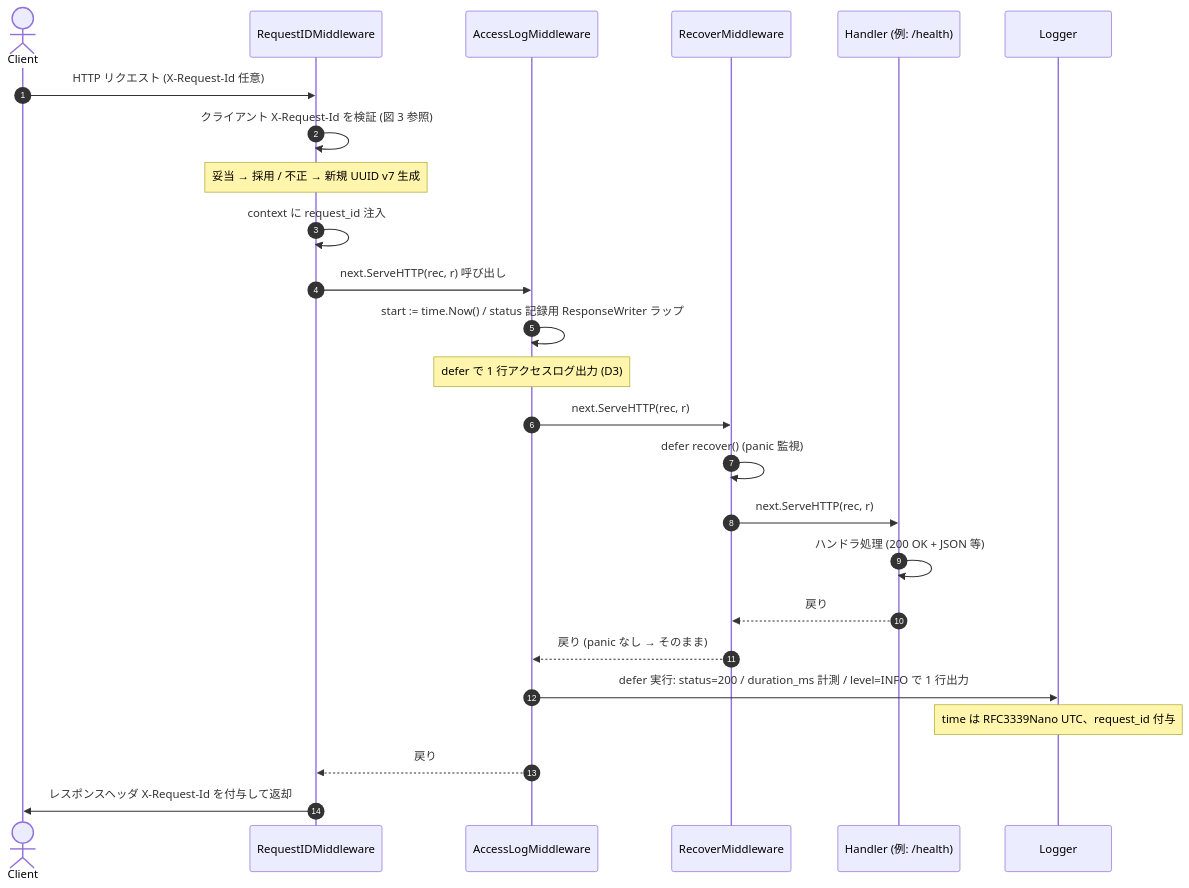
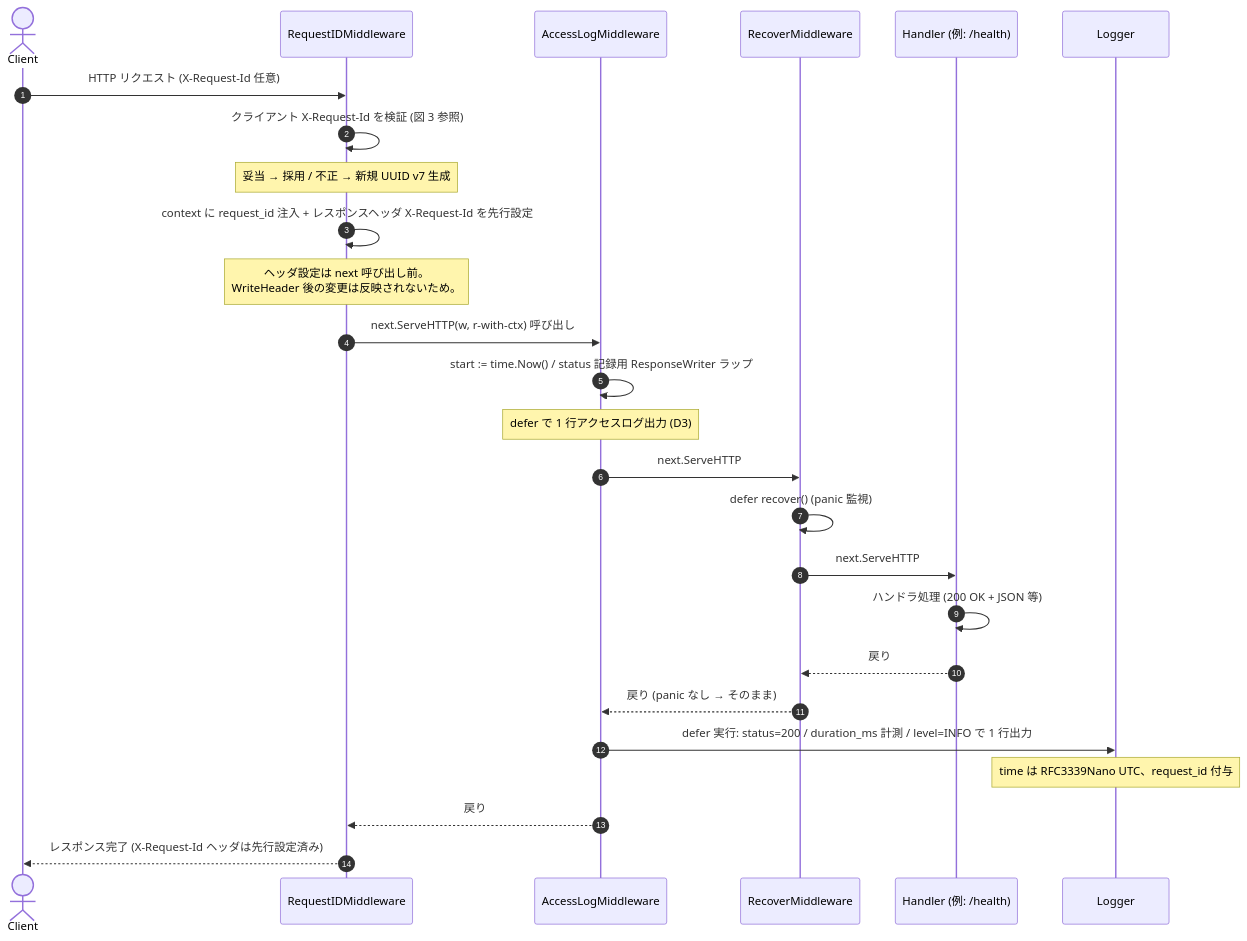
Before and after one commit to mktkhr/id-core: the first of 3 diagrams in docs/specs/7/index.md, drawn with Mermaid. The commit also changed other lines of this file, not shown here.

````diff
--- a/docs/specs/7/index.md
+++ b/docs/specs/7/index.md
@@ -273,28 +273,29 @@
 ```mermaid
 sequenceDiagram
     autonumber
     actor C as Client
     participant RID as RequestIDMiddleware
     participant AL as AccessLogMiddleware
     participant REC as RecoverMiddleware
     participant H as Handler (例: /health)
     participant L as Logger
 
     C->>RID: HTTP リクエスト (X-Request-Id 任意)
     RID->>RID: クライアント X-Request-Id を検証 (図 3 参照)
     Note over RID: 妥当 → 採用 / 不正 → 新規 UUID v7 生成
-    RID->>RID: context に request_id 注入
-    RID->>AL: next.ServeHTTP(rec, r) 呼び出し
+    RID->>RID: context に request_id 注入 + レスポンスヘッダ X-Request-Id を先行設定
+    Note over RID: ヘッダ設定は next 呼び出し前。<br/>WriteHeader 後の変更は反映されないため。
+    RID->>AL: next.ServeHTTP(w, r-with-ctx) 呼び出し
     AL->>AL: start := time.Now() / status 記録用 ResponseWriter ラップ
     Note over AL: defer で 1 行アクセスログ出力 (D3)
-    AL->>REC: next.ServeHTTP(rec, r)
+    AL->>REC: next.ServeHTTP
     REC->>REC: defer recover() (panic 監視)
-    REC->>H: next.ServeHTTP(rec, r)
+    REC->>H: next.ServeHTTP
     H->>H: ハンドラ処理 (200 OK + JSON 等)
     H-->>REC: 戻り
     REC-->>AL: 戻り (panic なし → そのまま)
     AL->>L: defer 実行: status=200 / duration_ms 計測 / level=INFO で 1 行出力
     Note over L: time は RFC3339Nano UTC、request_id 付与
     AL-->>RID: 戻り
-    RID->>C: レスポンスヘッダ X-Request-Id を付与して返却
+    RID-->>C: レスポンス完了 (X-Request-Id ヘッダは先行設定済み)
 ```
````
